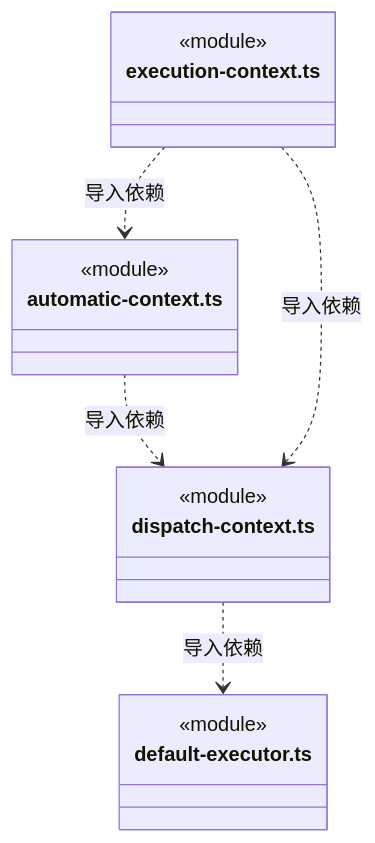
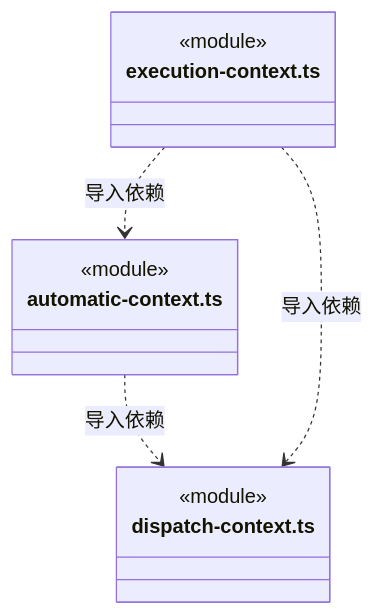
The seventh of 8 diagrams in src/backend/scheduler-engine/context/ARCHITECTURE.md (nan023062/cbim), drawn with Mermaid before and after one commit. The commit also changed other lines of this file and 216 other files, not shown here.

````diff
--- a/src/backend/scheduler-engine/context/ARCHITECTURE.md
+++ b/src/backend/scheduler-engine/context/ARCHITECTURE.md
@@ -112,19 +99,15 @@
 ```mermaid
 classDiagram
 class N_src_backend_scheduler_engine_context_automatic_context_ts["automatic-context.ts"] {
   <<module>>
 }
 class N_src_backend_scheduler_engine_context_dispatch_context_ts["dispatch-context.ts"] {
   <<module>>
 }
-class N_src_backend_scheduler_engine_context_default_executor_ts["default-executor.ts"] {
-  <<module>>
-}
 class N_src_backend_scheduler_engine_context_execution_context_ts["execution-context.ts"] {
   <<module>>
 }
 N_src_backend_scheduler_engine_context_automatic_context_ts ..> N_src_backend_scheduler_engine_context_dispatch_context_ts : 导入依赖
-N_src_backend_scheduler_engine_context_dispatch_context_ts ..> N_src_backend_scheduler_engine_context_default_executor_ts : 导入依赖
 N_src_backend_scheduler_engine_context_execution_context_ts ..> N_src_backend_scheduler_engine_context_automatic_context_ts : 导入依赖
 N_src_backend_scheduler_engine_context_execution_context_ts ..> N_src_backend_scheduler_engine_context_dispatch_context_ts : 导入依赖
 ```
````
